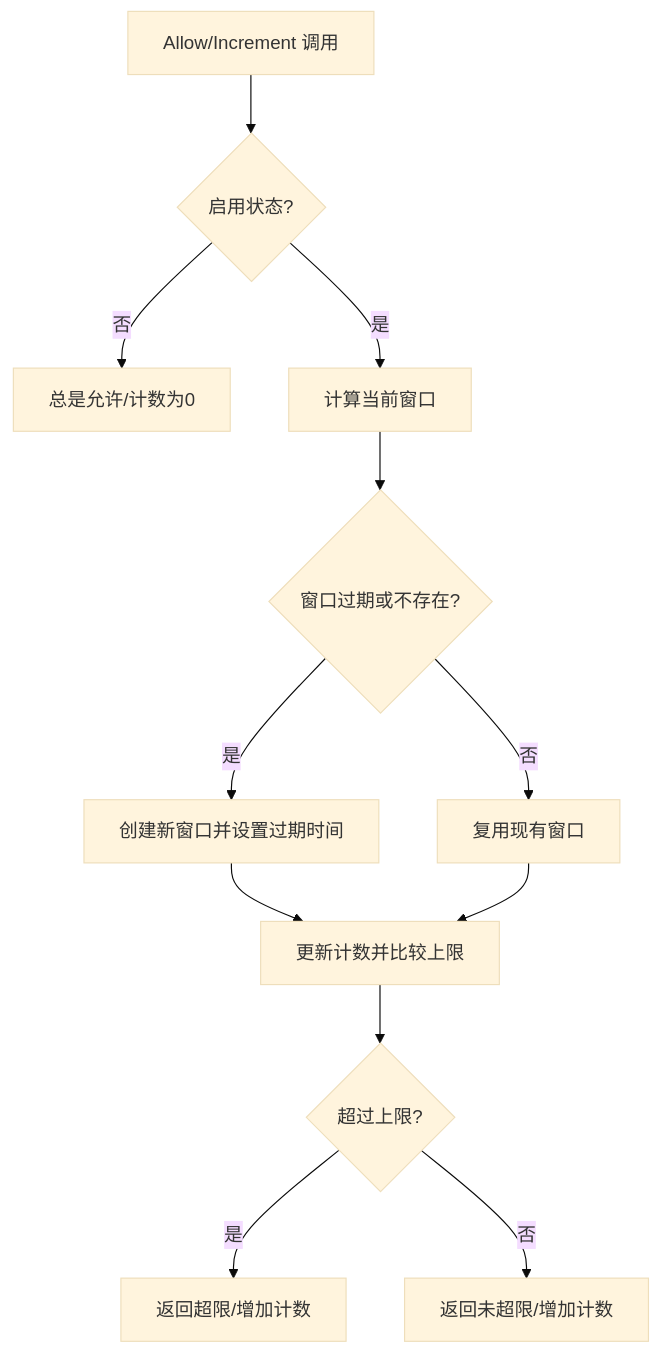
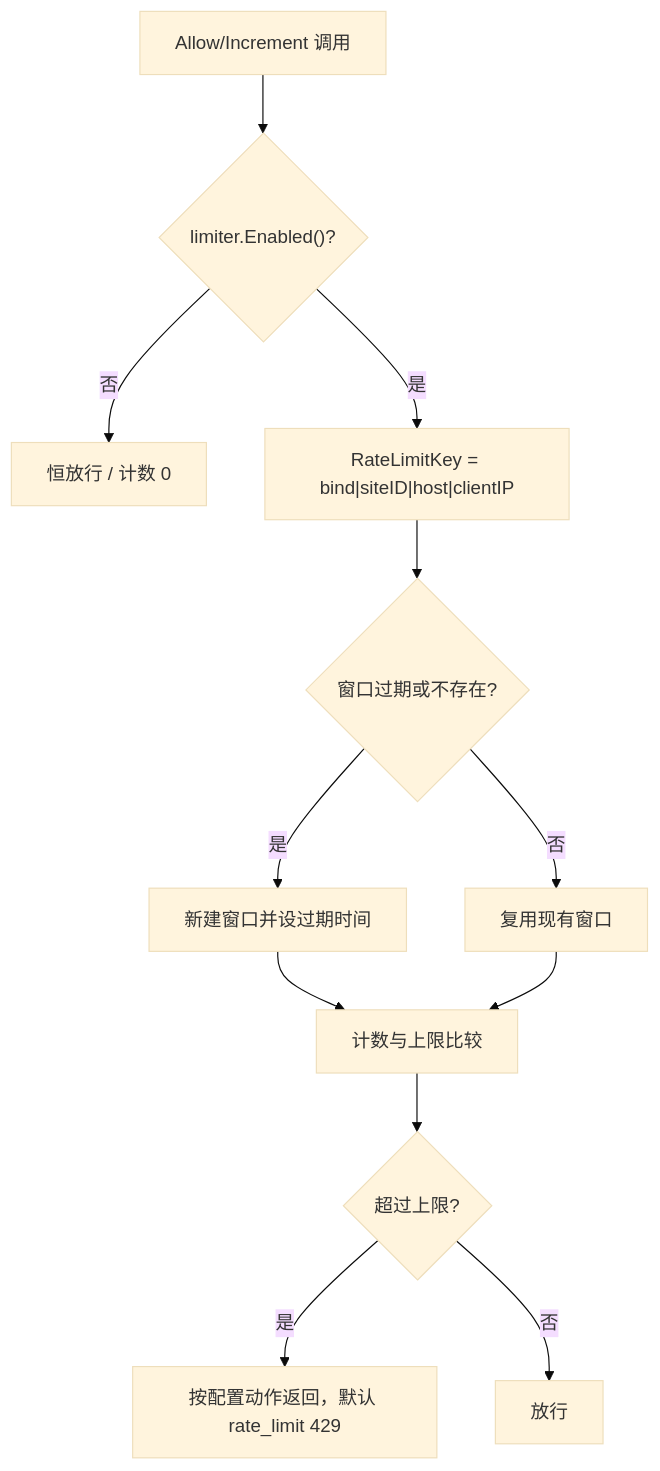
Before and after one commit to x01n/My-OpenWaf: the fifth of 6 diagrams in docs/WAF 引擎系统/WAF 引擎系统.md, drawn with Mermaid (base theme). The commit also changed other lines of this file and 622 other files, not shown here.

````diff
--- a/docs/WAF 引擎系统/WAF 引擎系统.md
+++ b/docs/WAF 引擎系统/WAF 引擎系统.md
@@ -575,14 +420,14 @@
 ```mermaid
 flowchart TD
-A["Allow/Increment 调用"] --> B{"启用状态?"}
-B -- 否 --> C["总是允许/计数为0"]
-B -- 是 --> D["计算当前窗口"]
+A["Allow/Increment 调用"] --> B{"limiter.Enabled()?"}
+B -- 否 --> C["恒放行 / 计数 0"]
+B -- 是 --> D["RateLimitKey = bind|siteID|host|clientIP"]
 D --> E{"窗口过期或不存在?"}
-E -- 是 --> F["创建新窗口并设置过期时间"]
+E -- 是 --> F["新建窗口并设过期时间"]
 E -- 否 --> G["复用现有窗口"]
-F --> H["更新计数并比较上限"]
+F --> H["计数与上限比较"]
 G --> H
 H --> I{"超过上限?"}
-I -- 是 --> J["返回超限/增加计数"]
-I -- 否 --> K["返回未超限/增加计数"]
+I -- 是 --> J["按配置动作返回，默认 rate_limit 429"]
+I -- 否 --> K["放行"]
 ```
````
